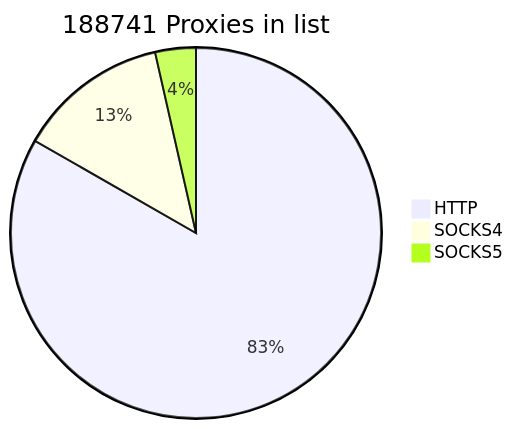
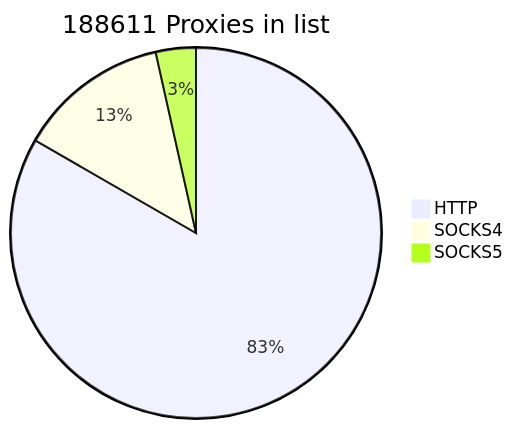
The first of 2 diagrams in README.md (cutipu/proxylist), drawn with Mermaid before and after one commit. The commit also changed other lines of this file, not shown here.

````diff
--- a/README.md
+++ b/README.md
@@ -2,7 +2,7 @@
 ```mermaid
-pie title 188741 Proxies in list
-    "HTTP" : 157174
+pie title 188611 Proxies in list
+    "HTTP" : 157144
     "SOCKS4" : 24870
-    "SOCKS5" : 6697
+    "SOCKS5" : 6597
             
 ```
````
